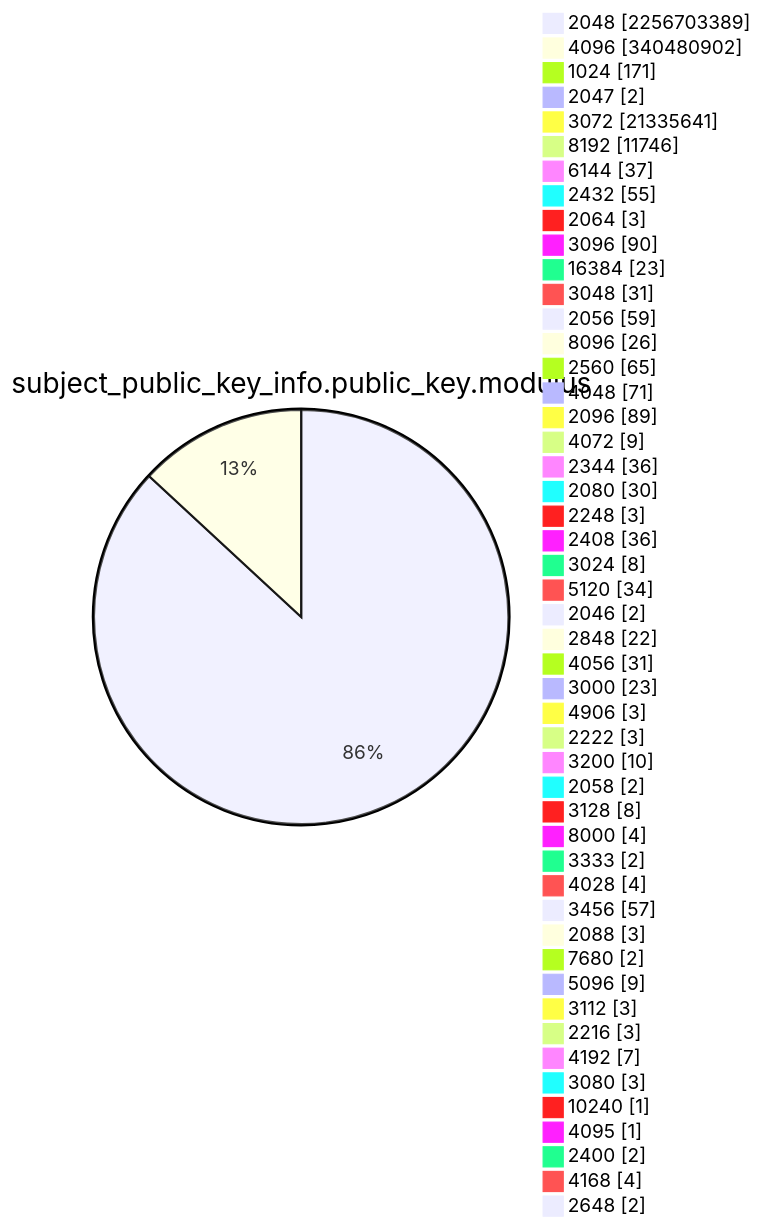
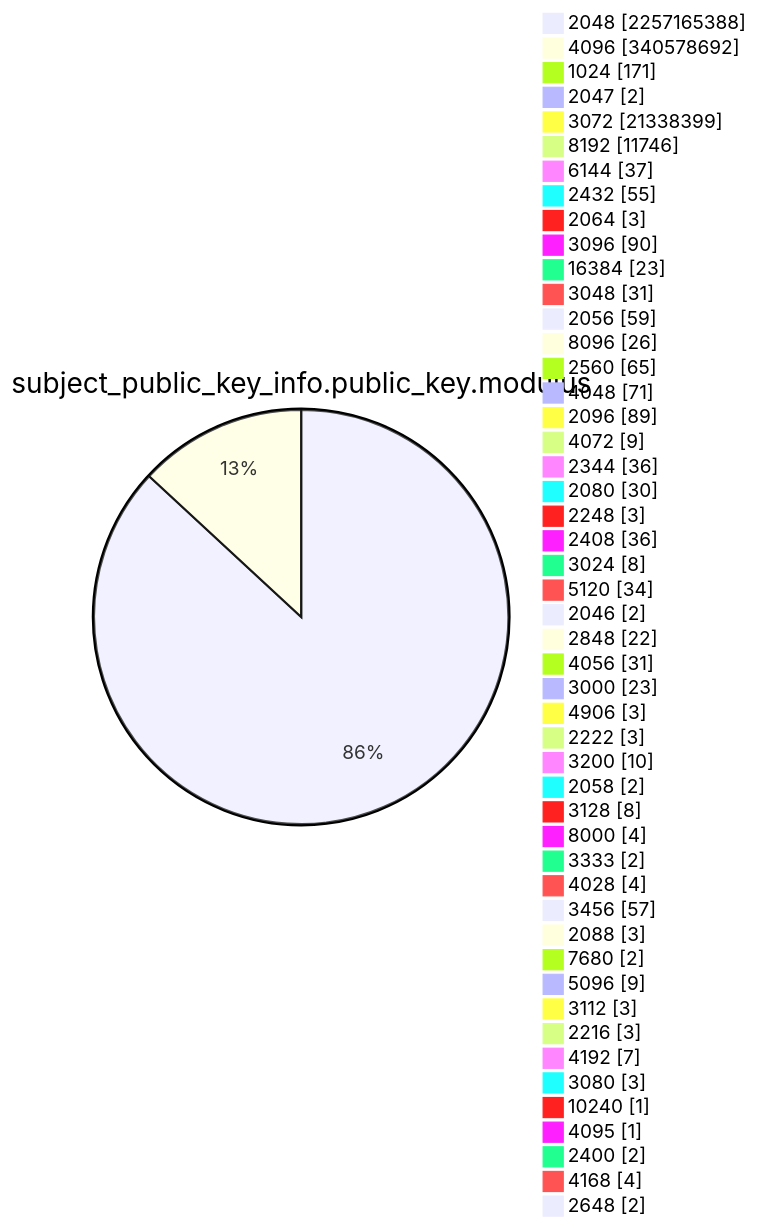
Before and after one commit to christiankrug/ctmonitor_visualization: diagram 13 of 15 in TOTAL/README.md, drawn with Mermaid. The commit also changed other lines of this file, not shown here.

````diff
--- a/TOTAL/README.md
+++ b/TOTAL/README.md
@@ -4165,53 +4165,53 @@
 ```mermaid
 pie showData
 title subject_public_key_info.public_key.modulus
-"2048" :2256703389
-"4096" :340480902
+"2048" :2257165388
+"4096" :340578692
 "1024" :171
 "2047" :2
-"3072" :21335641
+"3072" :21338399
 "8192" :11746
 "6144" :37
 "2432" :55
 "2064" :3
 "3096" :90
 "16384" :23
 "3048" :31
 "2056" :59
 "8096" :26
 "2560" :65
 "4048" :71
 "2096" :89
 "4072" :9
 "2344" :36
 "2080" :30
 "2248" :3
 "2408" :36
 "3024" :8
 "5120" :34
 "2046" :2
 "2848" :22
 "4056" :31
 "3000" :23
 "4906" :3
 "2222" :3
 "3200" :10
 "2058" :2
 "3128" :8
 "8000" :4
 "3333" :2
 "4028" :4
 "3456" :57
 "2088" :3
 "7680" :2
 "5096" :9
 "3112" :3
 "2216" :3
 "4192" :7
 "3080" :3
 "10240" :1
 "4095" :1
 "2400" :2
 "4168" :4
 "2648" :2
 ```
````
